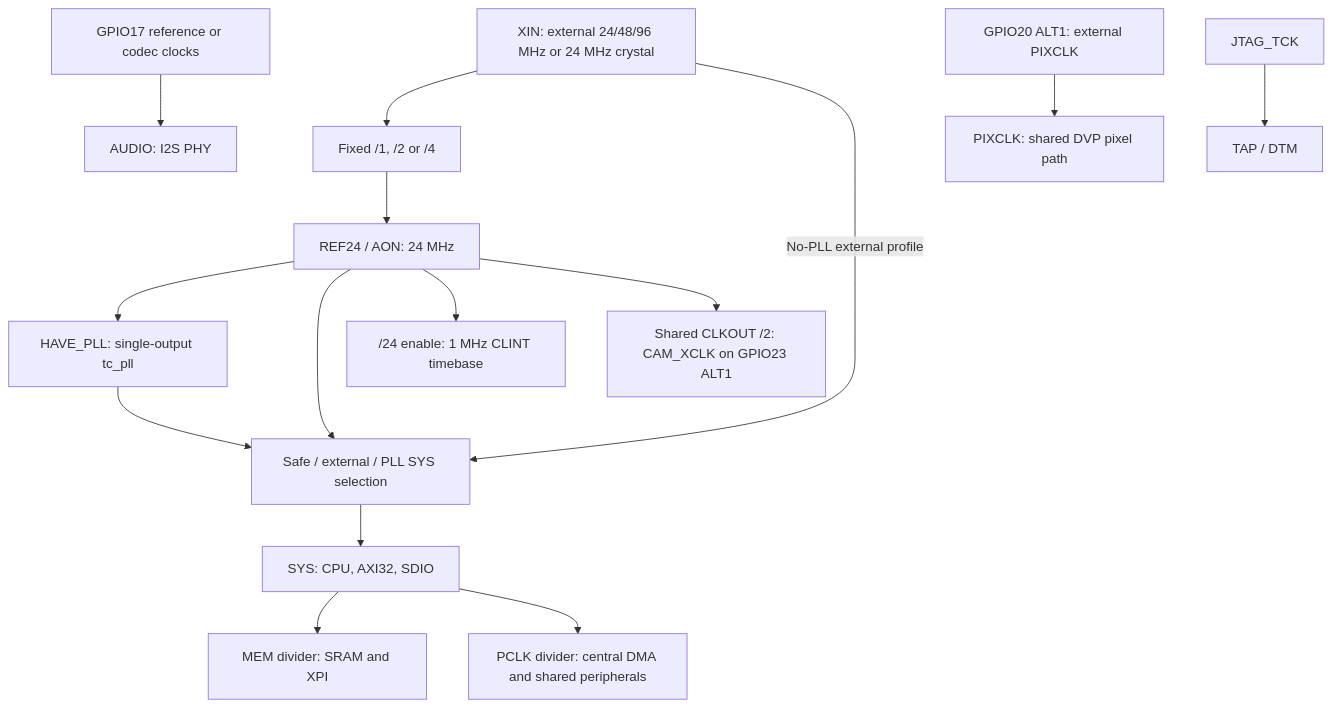
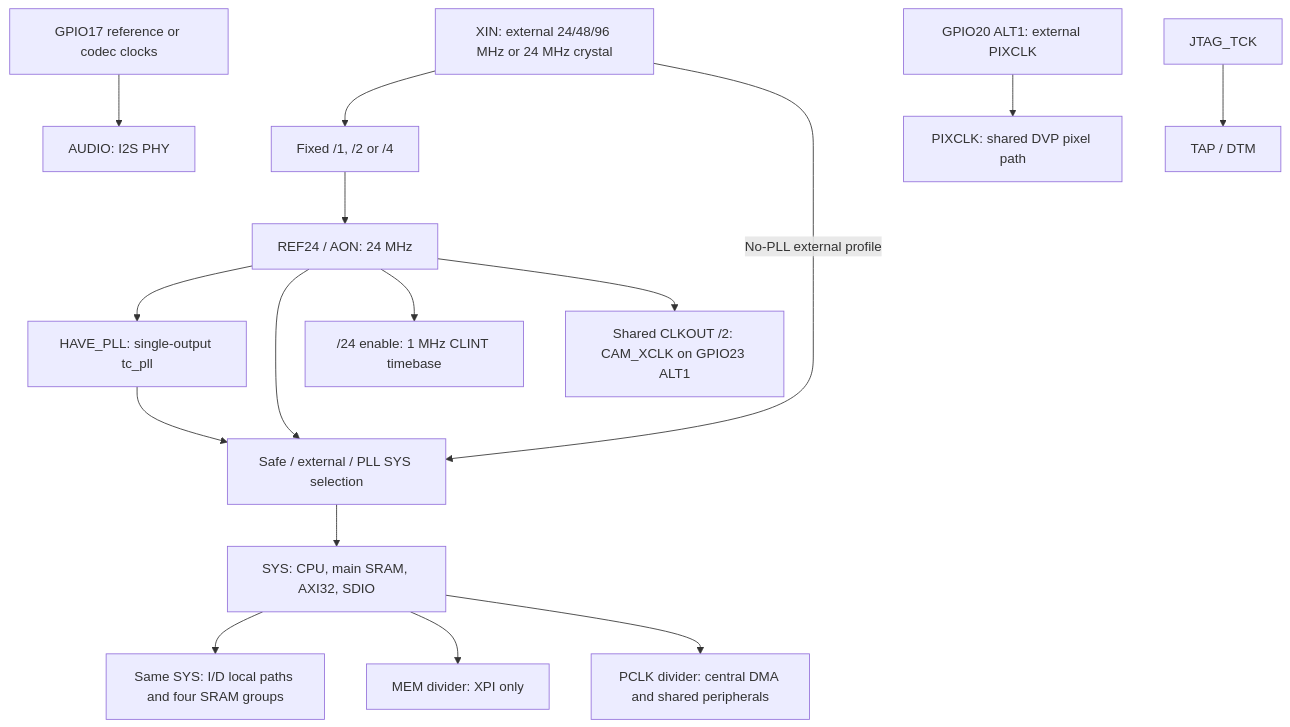
Before and after one commit to retroSoC/retroSoC: the second of 3 diagrams in docs/ip/tiny-soc.md, drawn with Mermaid. The commit also changed other lines of this file and 12 other files, not shown here.

````diff
--- a/docs/ip/tiny-soc.md
+++ b/docs/ip/tiny-soc.md
@@ -673,17 +955,18 @@
 ```mermaid
 flowchart TD
     xin["XIN: external 24/48/96 MHz or 24 MHz crystal"] --> normalize["Fixed /1, /2 or /4"]
     normalize --> ref["REF24 / AON: 24 MHz"]
     ref --> pll["HAVE_PLL: single-output tc_pll"]
     ref --> mux["Safe / external / PLL SYS selection"]
     xin -->|"No-PLL external profile"| mux
     pll --> mux
-    mux --> sys["SYS: CPU, AXI32, SDIO"]
-    sys --> mem["MEM divider: SRAM and XPI"]
+    mux --> sys["SYS: CPU, main SRAM, AXI32, SDIO"]
+    sys --> banks["Same SYS: I/D local paths and four SRAM groups"]
+    sys --> mem["MEM divider: XPI only"]
     sys --> pclk["PCLK divider: central DMA and shared peripherals"]
     ref --> tick["/24 enable: 1 MHz CLINT timebase"]
     audio["GPIO17 reference or codec clocks"] --> i2s["AUDIO: I2S PHY"]
     ref --> camclk["Shared CLKOUT /2: CAM_XCLK on GPIO23 ALT1"]
     pixel["GPIO20 ALT1: external PIXCLK"] --> dvp["PIXCLK: shared DVP pixel path"]
     tck["JTAG_TCK"] --> dtm["TAP / DTM"]
 ```
````
